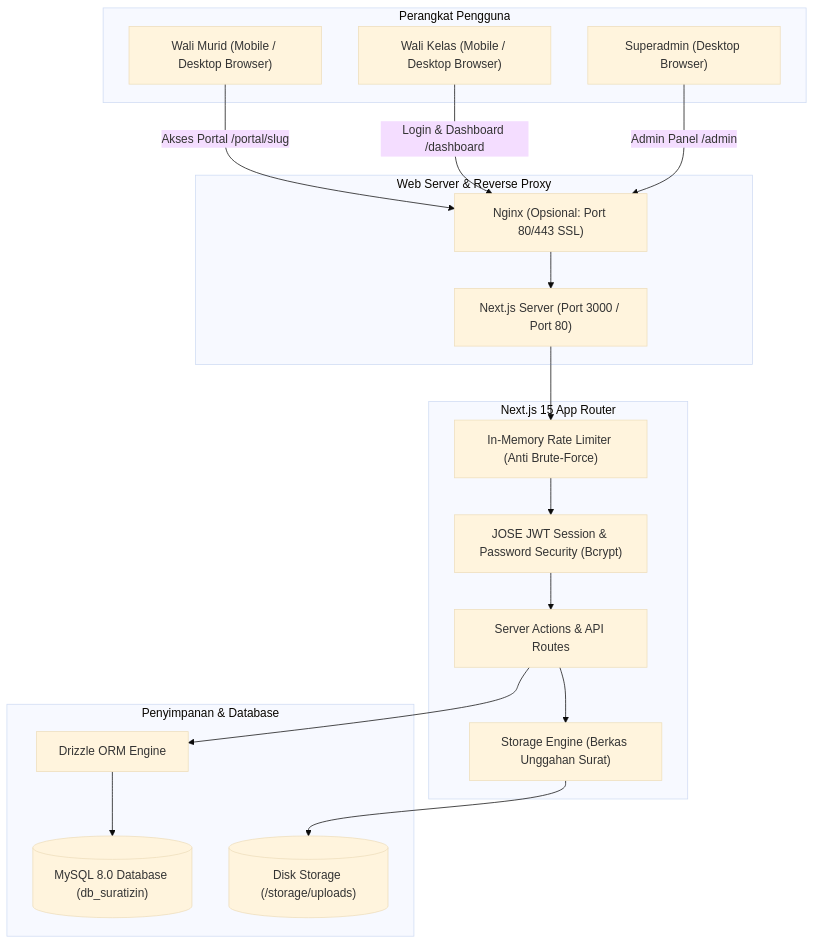
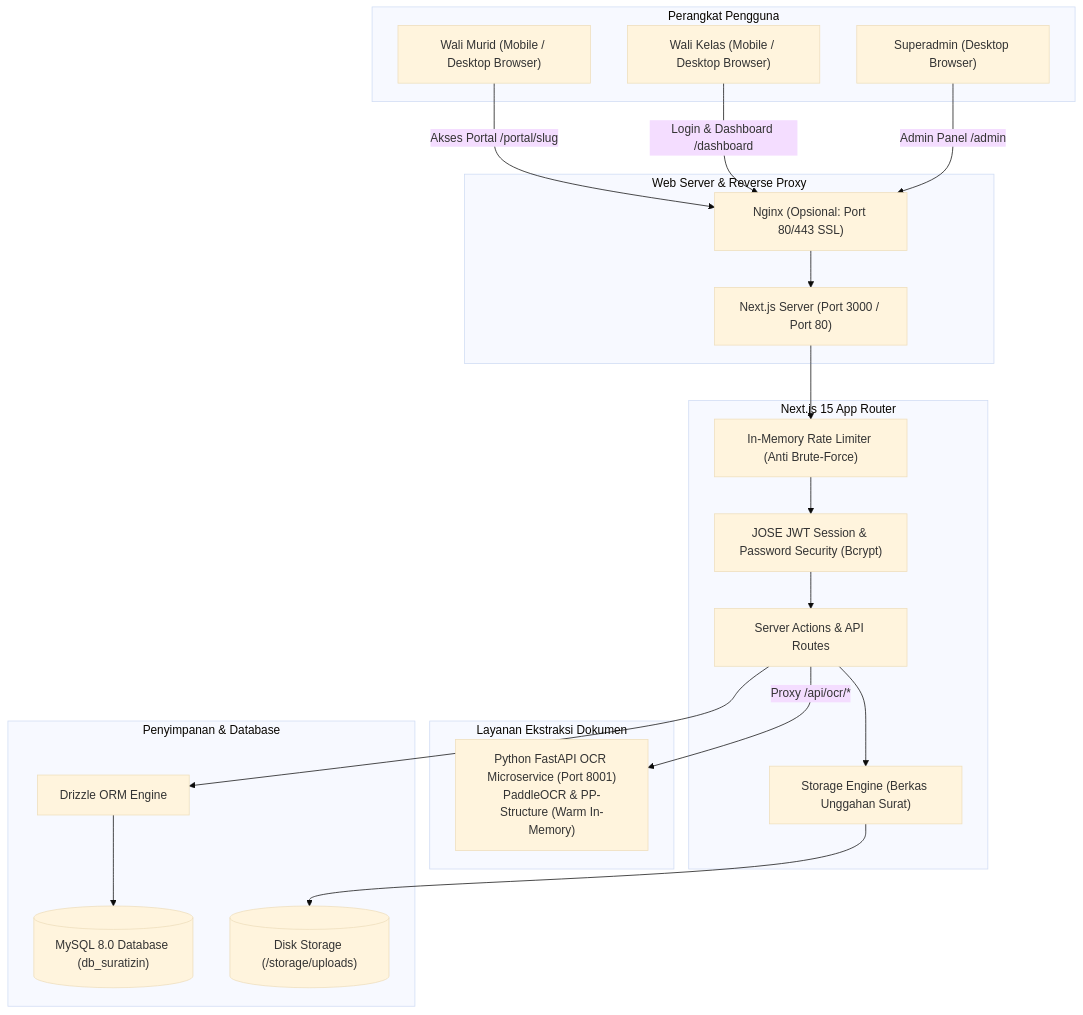
The diagram in README.md (erickkucing/suratIjin), drawn with Mermaid (base theme) before and after one commit. The commit also changed other lines of this file and 89 other files, not shown here.

````diff
--- a/README.md
+++ b/README.md
@@ -90,38 +108,43 @@
 ```mermaid
 flowchart TD
     subgraph Klien["Perangkat Pengguna"]
         WM["Wali Murid (Mobile / Desktop Browser)"]
         WK["Wali Kelas (Mobile / Desktop Browser)"]
         SA["Superadmin (Desktop Browser)"]
     end
 
     subgraph Gerbang["Web Server & Reverse Proxy"]
         NGX["Nginx (Opsional: Port 80/443 SSL)"]
         PM["Next.js Server (Port 3000 / Port 80)"]
     end
 
     subgraph Inti["Next.js 15 App Router"]
         RL["In-Memory Rate Limiter (Anti Brute-Force)"]
         AUTH["JOSE JWT Session & Password Security (Bcrypt)"]
         ACTIONS["Server Actions & API Routes"]
         STATIC["Storage Engine (Berkas Unggahan Surat)"]
     end
 
+    subgraph OCR["Layanan Ekstraksi Dokumen"]
+        PY_OCR["Python FastAPI OCR Microservice (Port 8001)<br/>PaddleOCR & PP-Structure (Warm In-Memory)"]
+    end
+
     subgraph Data["Penyimpanan & Database"]
         ORM["Drizzle ORM Engine"]
         MYSQL[("MySQL 8.0 Database (db_suratizin)")]
         DISK[("Disk Storage (/storage/uploads)")]
     end
 
     WM -->|Akses Portal /portal/slug| NGX
     WK -->|Login & Dashboard /dashboard| NGX
     SA -->|Admin Panel /admin| NGX
     NGX --> PM
     PM --> RL
     RL --> AUTH
     AUTH --> ACTIONS
+    ACTIONS -->|Proxy /api/ocr/*| PY_OCR
     ACTIONS --> ORM
     ACTIONS --> STATIC
     ORM --> MYSQL
     STATIC --> DISK
 ```
````
